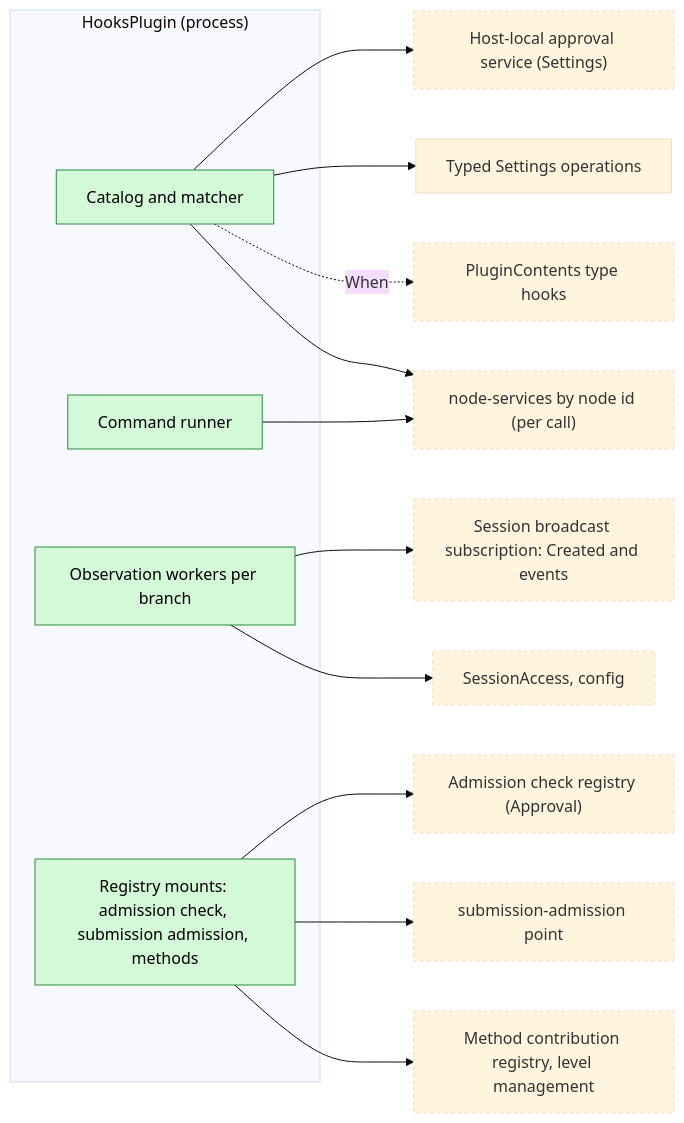
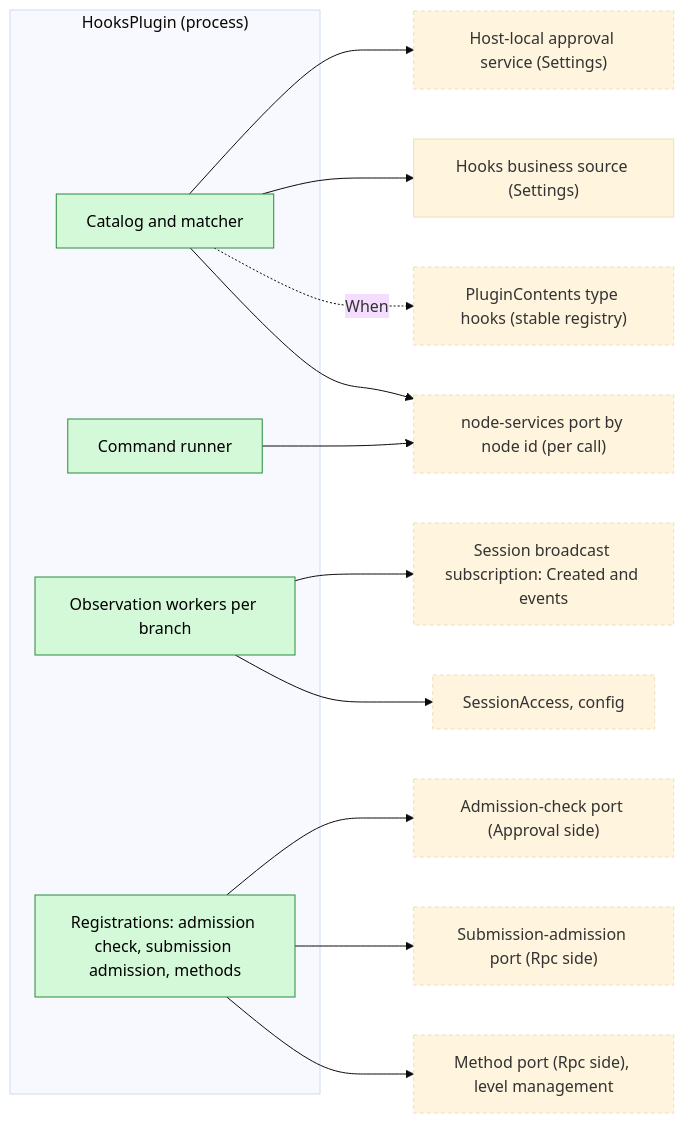
Before and after one commit to CoutinhoTTS/dim-agent: the first of 6 diagrams in docs/design/plugins/Hooks.md, drawn with Mermaid (base theme). The commit also changed other lines of this file and 3 other files, not shown here.

````diff
--- a/docs/design/plugins/Hooks.md
+++ b/docs/design/plugins/Hooks.md
@@ -9,32 +9,32 @@
 ```mermaid
 flowchart LR
   subgraph HooksPlugin["HooksPlugin (process)"]
     Catalog["Catalog and matcher"]
     Runner["Command runner"]
     Observer["Observation workers per branch"]
-    Mounts["Registry mounts: admission check, submission admission, methods"]
+    Regs["Registrations: admission check, submission admission, methods"]
   end
-  AdmReg["Admission check registry (Approval)"]
-  FilterReg["submission-admission point"]
-  MgmtReg["Method contribution registry, level management"]
+  AdmReg["Admission-check port (Approval side)"]
+  FilterReg["Submission-admission port (Rpc side)"]
+  MgmtReg["Method port (Rpc side), level management"]
   Events["Session broadcast subscription: Created and events"]
   Access["SessionAccess, config"]
-  Res["node-services by node id (per call)"]
+  Res["node-services port by node id (per call)"]
   Approvals["Host-local approval service (Settings)"]
-  Settings["Typed Settings operations"]
-  Contents["PluginContents type hooks"]
-  Mounts --> AdmReg
-  Mounts --> FilterReg
-  Mounts --> MgmtReg
+  Settings["Hooks business source (Settings)"]
+  Contents["PluginContents type hooks (stable registry)"]
+  Regs --> AdmReg
+  Regs --> FilterReg
+  Regs --> MgmtReg
   Observer --> Events
   Observer --> Access
   Runner --> Res
   Catalog --> Approvals
   Catalog --> Settings
   Catalog -.->|When| Contents
   Catalog --> Res
   classDef new fill:#d3f9d8,stroke:#2b8a3e,color:#000
   classDef contract stroke-dasharray:4 3
-  class Catalog,Runner,Observer,Mounts new
+  class Catalog,Runner,Observer,Regs new
   class AdmReg,FilterReg,MgmtReg,Events,Access,Res,Approvals,Contents contract
 ```
````
